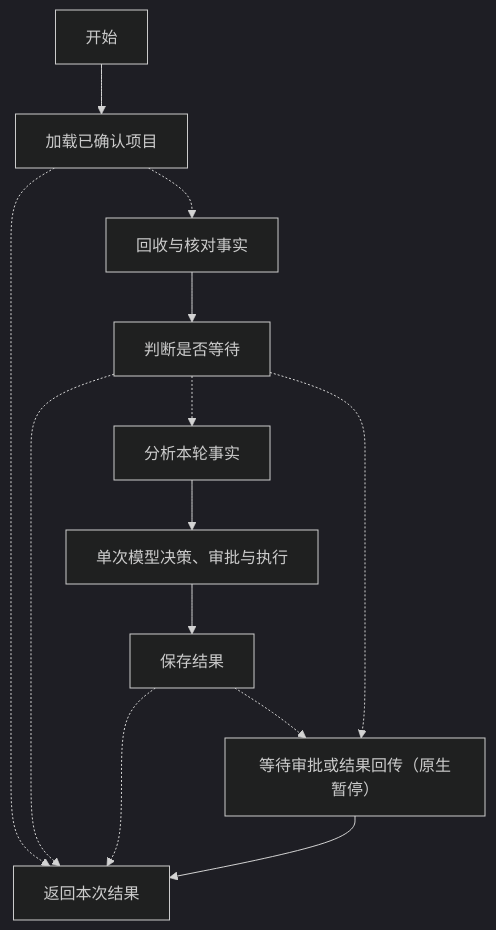
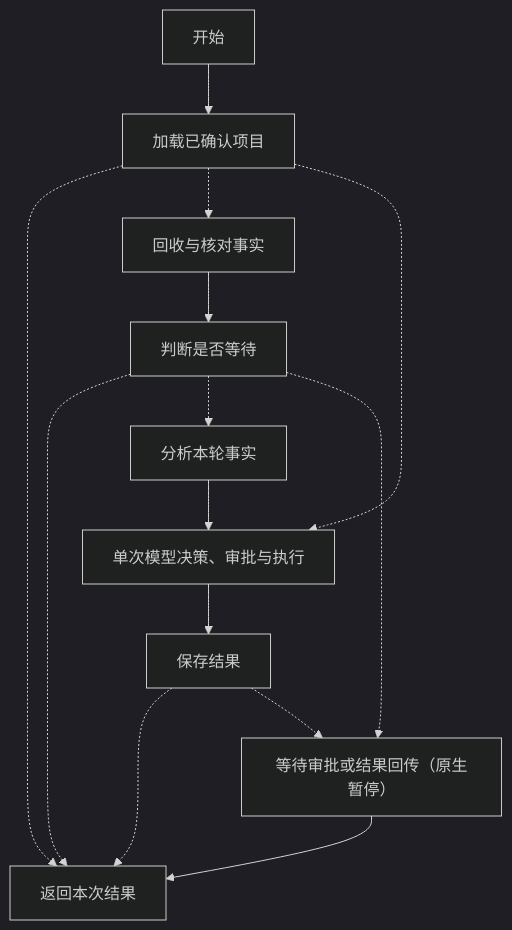
The third of 6 diagrams in docs/architecture/flow.md (Esseco/PhaseDiagramAgent), drawn with Mermaid (dark theme) before and after one commit. The commit also changed other lines of this file and 394 other files, not shown here.

````diff
--- a/docs/architecture/flow.md
+++ b/docs/architecture/flow.md
@@ -56,24 +63,25 @@
 ```mermaid
 flowchart TD
   n0["开始"]
   n1["加载已确认项目"]
   n2["回收与核对事实"]
   n3["判断是否等待"]
   n4["分析本轮事实"]
   n5["单次模型决策、审批与执行"]
   n6["保存结果"]
   n7["等待审批或结果回传（原生暂停）"]
   n8["返回本次结果"]
   n0 --> n1
   n4 --> n5
   n6 -.-> n8
   n6 -.-> n7
   n1 -.-> n8
   n1 -.-> n2
+  n1 -.-> n5
   n2 --> n3
   n5 --> n6
   n3 -.-> n8
   n3 -.-> n4
   n3 -.-> n7
   n7 --> n8
 ```
````
